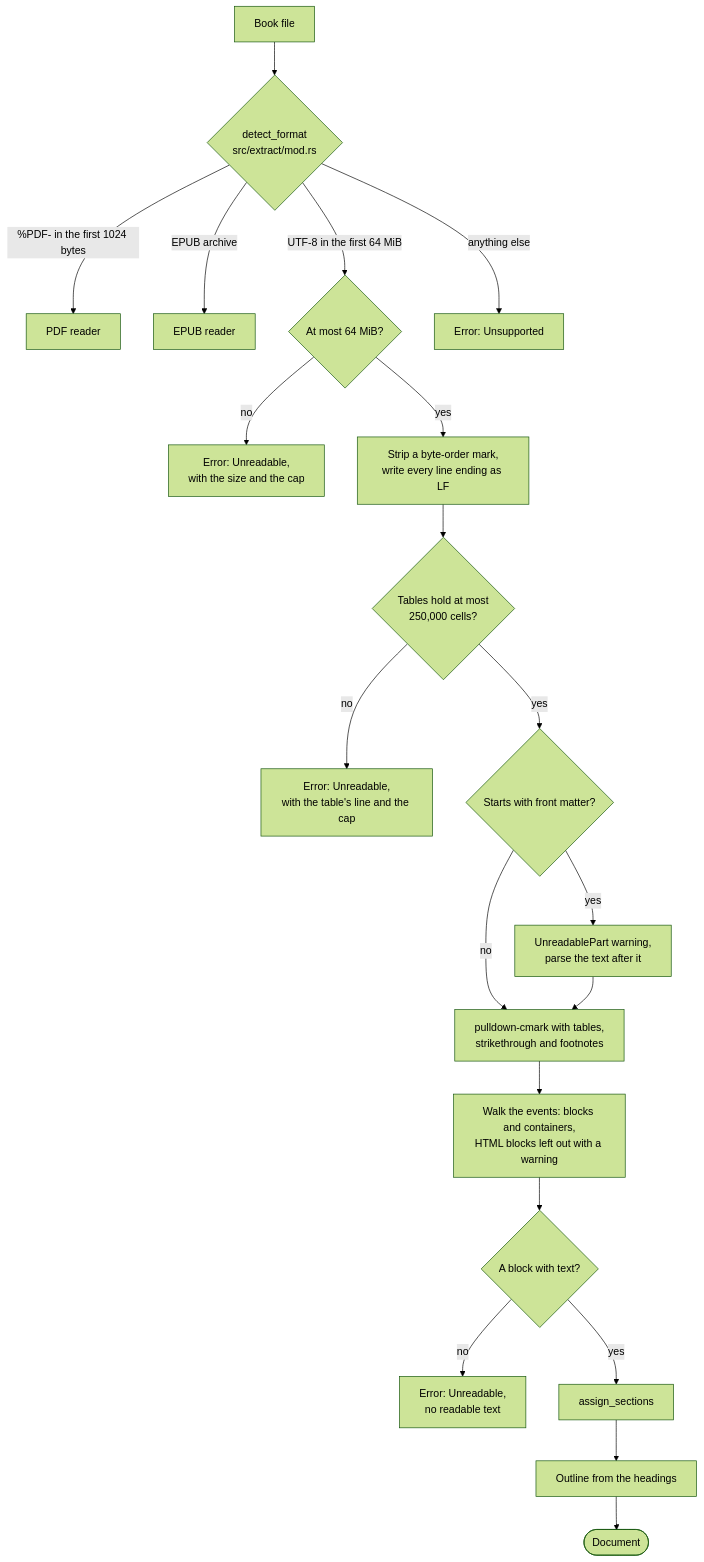
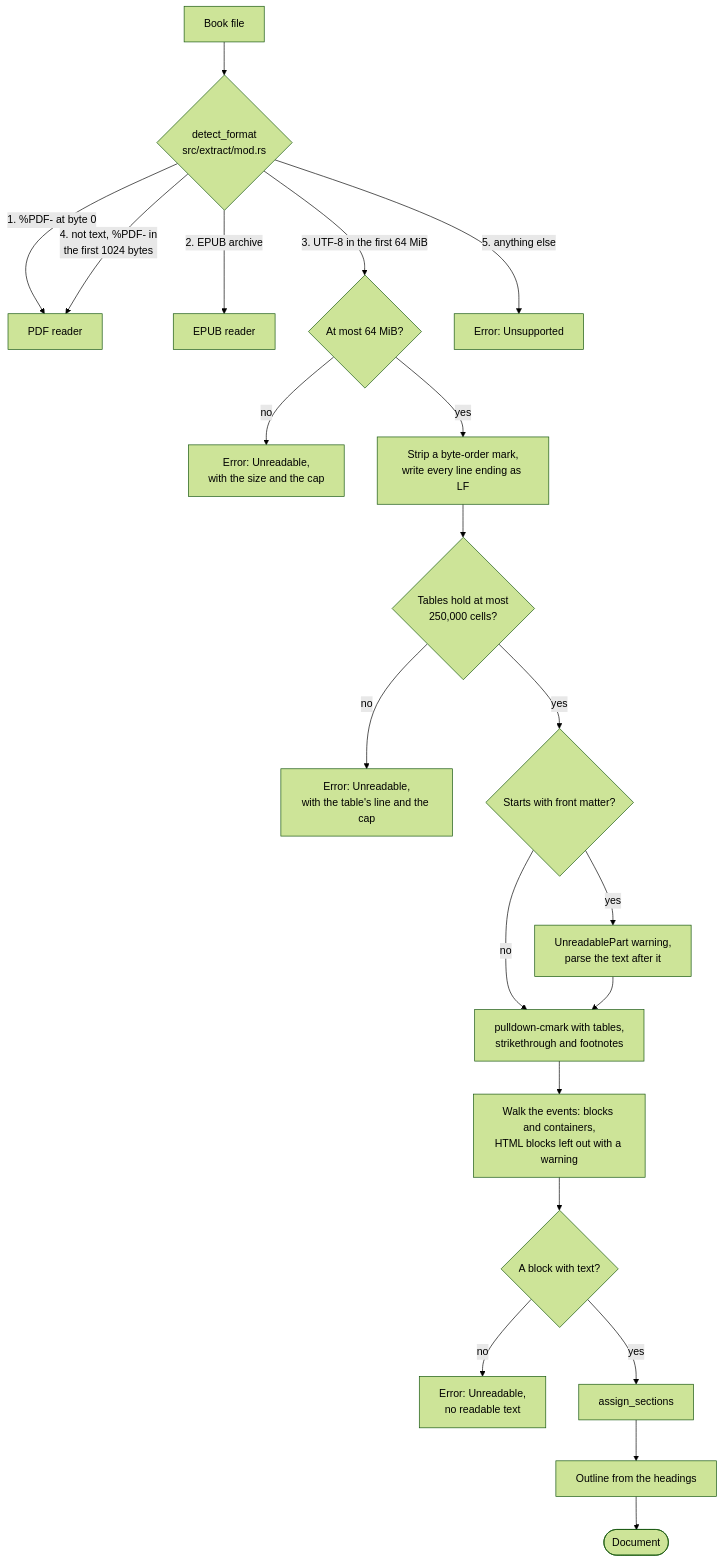
Before and after one commit to AhmedKishki/ebook-hero: the diagram in docs/markdown-reading.md, drawn with Mermaid (forest theme). The commit also changed other lines of this file and 6 other files, not shown here.

First line of the commit message:
Test for UTF-8 text before the PDF marker anywhere but byte 0

````diff
--- a/docs/markdown-reading.md
+++ b/docs/markdown-reading.md
@@ -7,22 +7,23 @@
 ```mermaid
 flowchart TD
     file["Book file"] --> detect{"detect_format<br/>src/extract/mod.rs"}
-    detect -->|"%PDF- in the first 1024 bytes"| pdf["PDF reader"]
-    detect -->|"EPUB archive"| epub["EPUB reader"]
-    detect -->|"UTF-8 in the first 64 MiB"| size{"At most 64 MiB?"}
-    detect -->|"anything else"| unsupported["Error: Unsupported"]
+    detect -->|"1. %PDF- at byte 0"| pdf["PDF reader"]
+    detect -->|"2. EPUB archive"| epub["EPUB reader"]
+    detect -->|"3. UTF-8 in the first 64 MiB"| size{"At most 64 MiB?"}
+    detect -->|"4. not text, %PDF- in<br/>the first 1024 bytes"| pdf
+    detect -->|"5. anything else"| unsupported["Error: Unsupported"]
     size -->|no| big["Error: Unreadable,<br/>with the size and the cap"]
     size -->|yes| prepare["Strip a byte-order mark,<br/>write every line ending as LF"]
     prepare --> cells{"Tables hold at most<br/>250,000 cells?"}
     cells -->|no| many["Error: Unreadable,<br/>with the table's line and the cap"]
     cells -->|yes| front{"Starts with front matter?"}
     front -->|yes| warn["UnreadablePart warning,<br/>parse the text after it"]
     front -->|no| parse["pulldown-cmark with tables,<br/>strikethrough and footnotes"]
     warn --> parse
     parse --> walk["Walk the events: blocks and containers,<br/>HTML blocks left out with a warning"]
     walk --> any{"A block with text?"}
     any -->|no| err["Error: Unreadable,<br/>no readable text"]
     any -->|yes| sections["assign_sections"]
     sections --> outline["Outline from the headings"]
     outline --> doc(["Document"])
 ```
````
